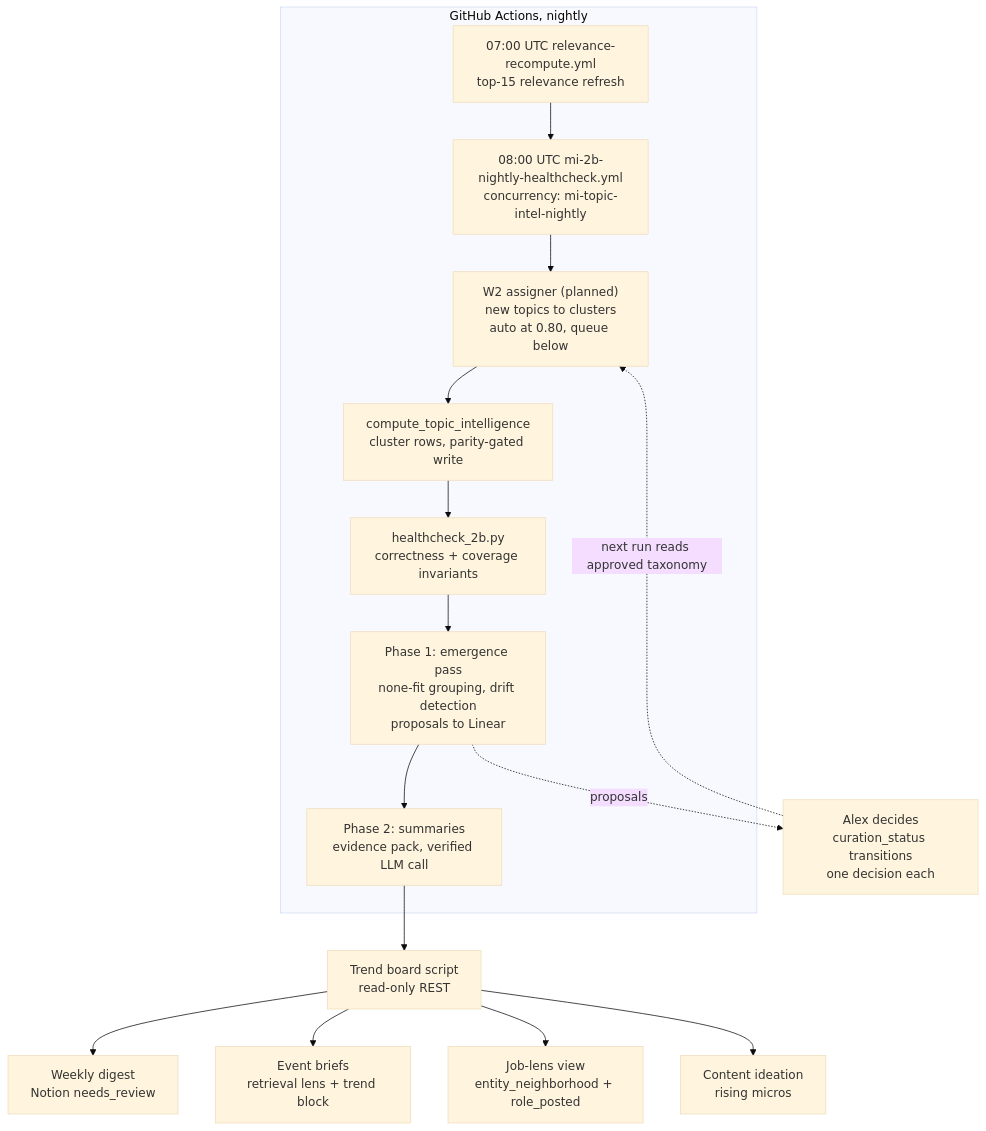
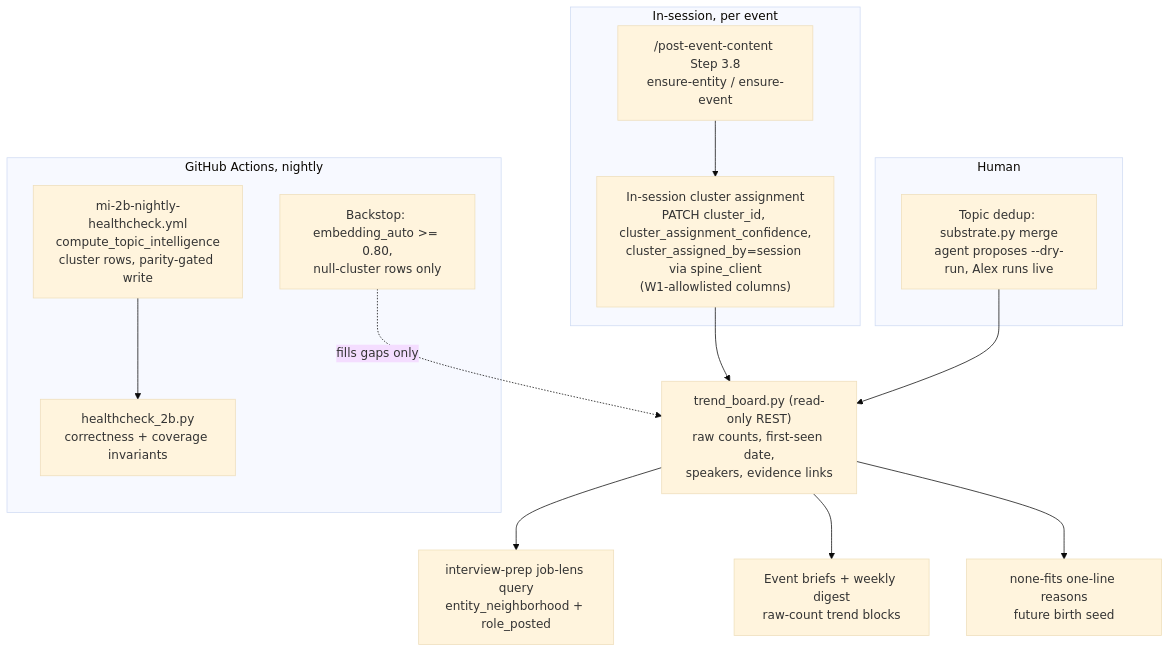
Before and after one commit to AlexYedi/Empire_State_Events_Pipeline_Take_3: the diagram in docs/proposals/2026-11-03-dynamic-topic-taxonomy.md, drawn with Mermaid (base theme). The commit also changed other lines of this file, not shown here.

First line of the commit message:
docs(YED-304): revise dynamic-taxonomy proposal to reviewed V1 scope

````diff
--- a/docs/proposals/2026-11-03-dynamic-topic-taxonomy.md
+++ b/docs/proposals/2026-11-03-dynamic-topic-taxonomy.md
@@ -82,19 +84,19 @@
 ```mermaid
 flowchart TD
+    subgraph S["In-session, per event"]
+        A["/post-event-content Step 3.8<br/>ensure-entity / ensure-event"] --> B["In-session cluster assignment<br/>PATCH cluster_id, cluster_assignment_confidence,<br/>cluster_assigned_by=session via spine_client<br/>(W1-allowlisted columns)"]
+    end
+    B --> C["trend_board.py (read-only REST)<br/>raw counts, first-seen date,<br/>speakers, evidence links"]
+    C --> D["interview-prep job-lens query<br/>entity_neighborhood + role_posted"]
+    C --> E["Event briefs + weekly digest<br/>raw-count trend blocks"]
+    C --> F["none-fits one-line reasons<br/>future birth seed"]
     subgraph N["GitHub Actions, nightly"]
-        A["07:00 UTC relevance-recompute.yml<br/>top-15 relevance refresh"] --> B
-        B["08:00 UTC mi-2b-nightly-healthcheck.yml<br/>concurrency: mi-topic-intel-nightly"] --> C
-        C["W2 assigner (planned)<br/>new topics to clusters<br/>auto at 0.80, queue below"] --> D
-        D["compute_topic_intelligence<br/>cluster rows, parity-gated write"] --> E
-        E["healthcheck_2b.py<br/>correctness + coverage invariants"] --> F
-        F["Phase 1: emergence pass<br/>none-fit grouping, drift detection<br/>proposals to Linear"] --> G
-        G["Phase 2: summaries<br/>evidence pack, verified LLM call"]
+        G["mi-2b-nightly-healthcheck.yml<br/>compute_topic_intelligence<br/>cluster rows, parity-gated write"] --> H["healthcheck_2b.py<br/>correctness + coverage invariants"]
+        I["Backstop: embedding_auto >= 0.80,<br/>null-cluster rows only"]
     end
-    G --> H["Trend board script<br/>read-only REST"]
-    H --> I["Weekly digest<br/>Notion needs_review"]
-    H --> J["Event briefs<br/>retrieval lens + trend block"]
-    H --> K["Job-lens view<br/>entity_neighborhood + role_posted"]
-    H --> L["Content ideation<br/>rising micros"]
-    F -. "proposals" .-> M["Alex decides<br/>curation_status transitions<br/>one decision each"]
-    M -. "next run reads approved taxonomy" .-> C
+    I -. "fills gaps only" .-> C
+    subgraph H2["Human"]
+        J["Topic dedup: substrate.py merge<br/>agent proposes --dry-run, Alex runs live"]
+    end
+    J --> C
 ```
````
